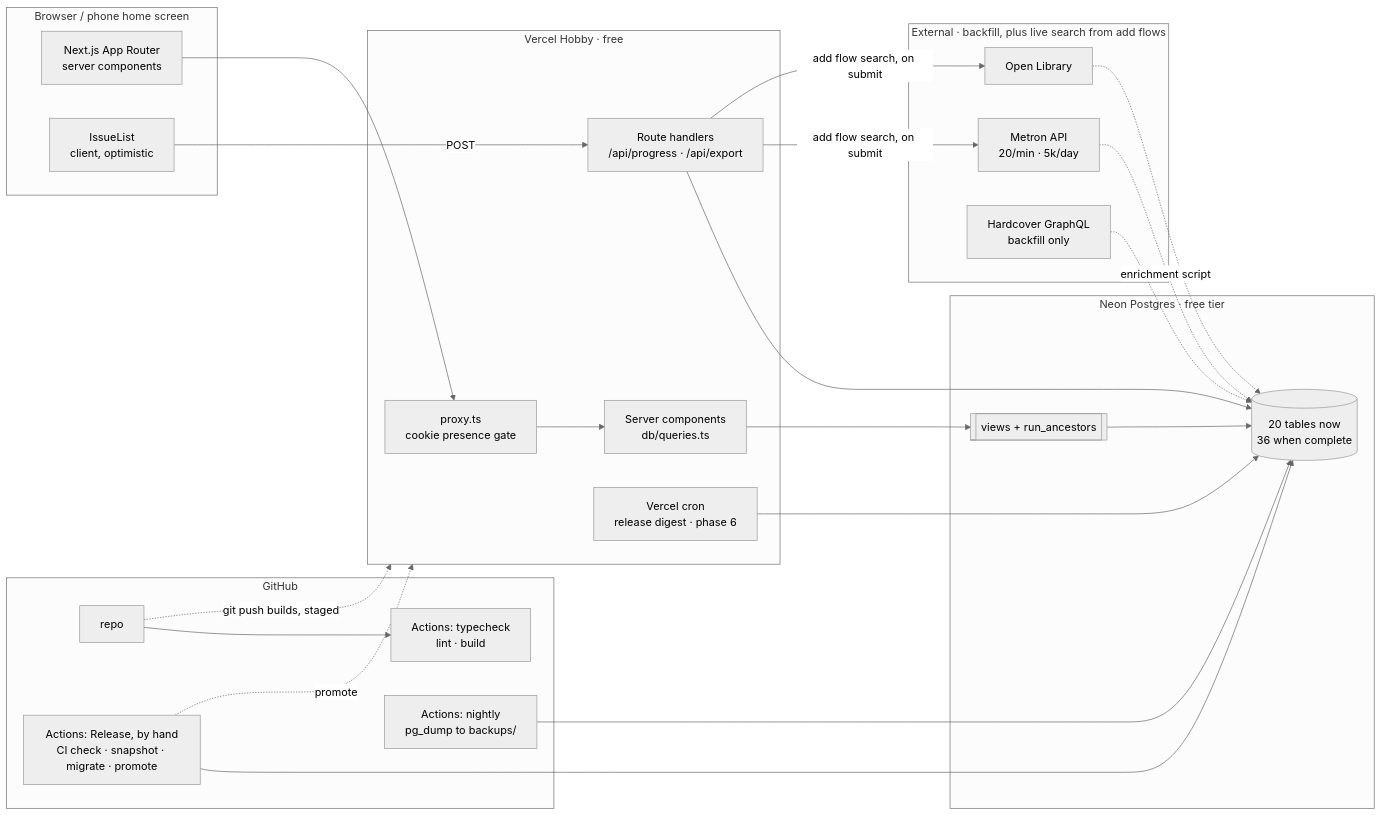
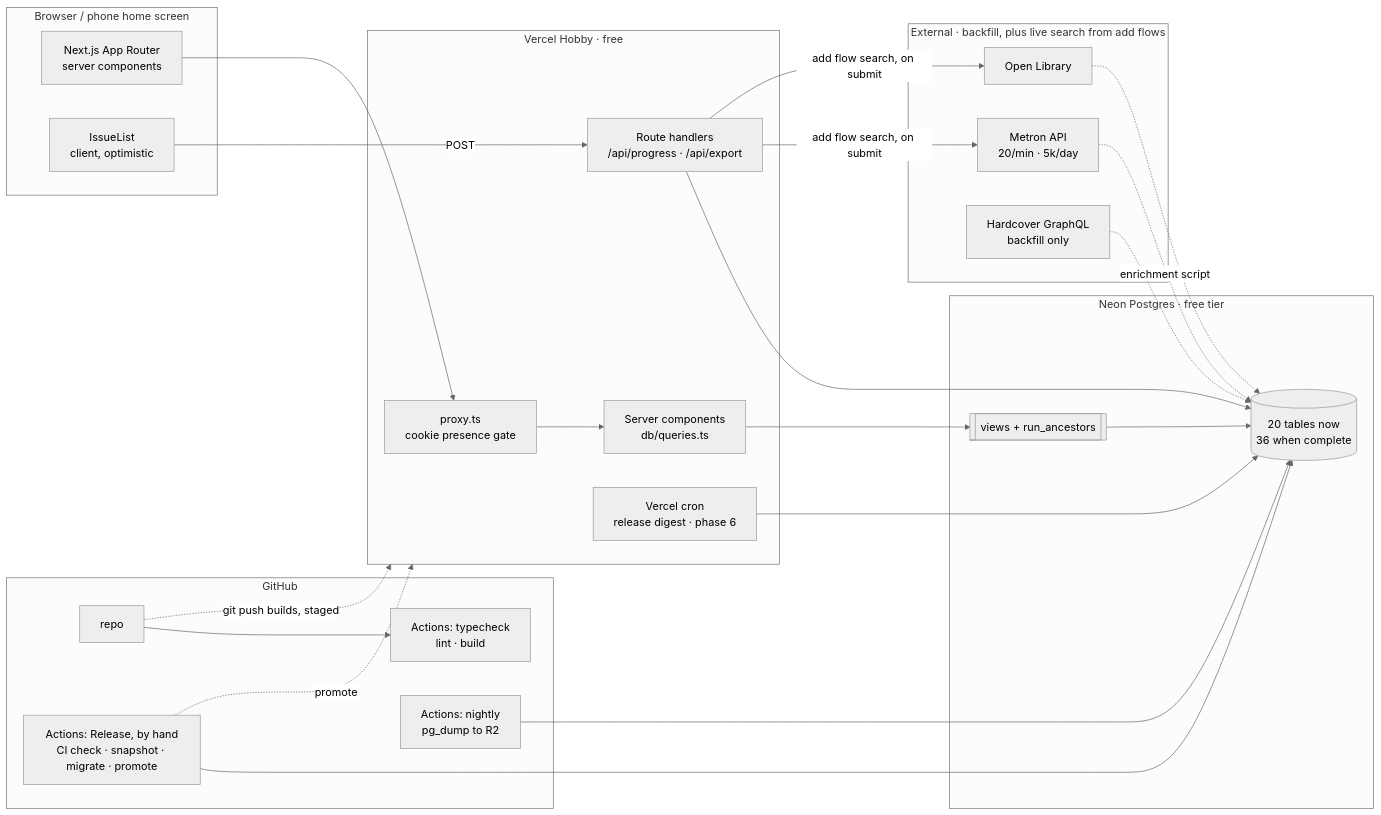
One commit to jtillmanio/ledger changed the seventh of 14 diagrams in docs/DIAGRAMS.md. Above: the diagram before and after it, drawn with Mermaid (neutral theme). The commit also changed 8 other files, not shown here.

````diff
--- a/docs/DIAGRAMS.md
+++ b/docs/DIAGRAMS.md
@@ -410,46 +410,46 @@
 ```mermaid
 flowchart LR
     subgraph client [Browser / phone home screen]
         UI["Next.js App Router<br/>server components"]
         SPINE["IssueList<br/>client, optimistic"]
     end
 
     subgraph vercel [Vercel Hobby · free]
         MW["proxy.ts<br/>cookie presence gate"]
         RSC["Server components<br/>db/queries.ts"]
         API["Route handlers<br/>/api/progress · /api/export"]
         CRON["Vercel cron<br/>release digest · phase 6"]
     end
 
     subgraph neon [Neon Postgres · free tier]
         TBL[(20 tables now<br/>36 when complete)]
         VW[[views + run_ancestors]]
     end
 
     subgraph ext [External · backfill, plus live search from add flows]
         METRON[Metron API<br/>20/min · 5k/day]
         OL[Open Library]
         HC[Hardcover GraphQL<br/>backfill only]
     end
 
     subgraph gh [GitHub]
         REPO[repo]
         CI["Actions: typecheck<br/>lint · build"]
-        BAK["Actions: nightly<br/>pg_dump to backups/"]
+        BAK["Actions: nightly<br/>pg_dump to R2"]
         REL["Actions: Release, by hand<br/>CI check · snapshot · migrate · promote"]
     end
 
     UI --> MW --> RSC --> VW --> TBL
     SPINE -- POST --> API --> TBL
     REPO --> CI
     REPO -. git push builds, staged .-> vercel
     REL --> TBL
     REL -. promote .-> vercel
     BAK --> TBL
     METRON -. enrichment script .-> TBL
     OL -.-> TBL
     HC -.-> TBL
     CRON --> TBL
     API -- "add flow search, on submit" --> METRON
     API -- "add flow search, on submit" --> OL
 ```
````
